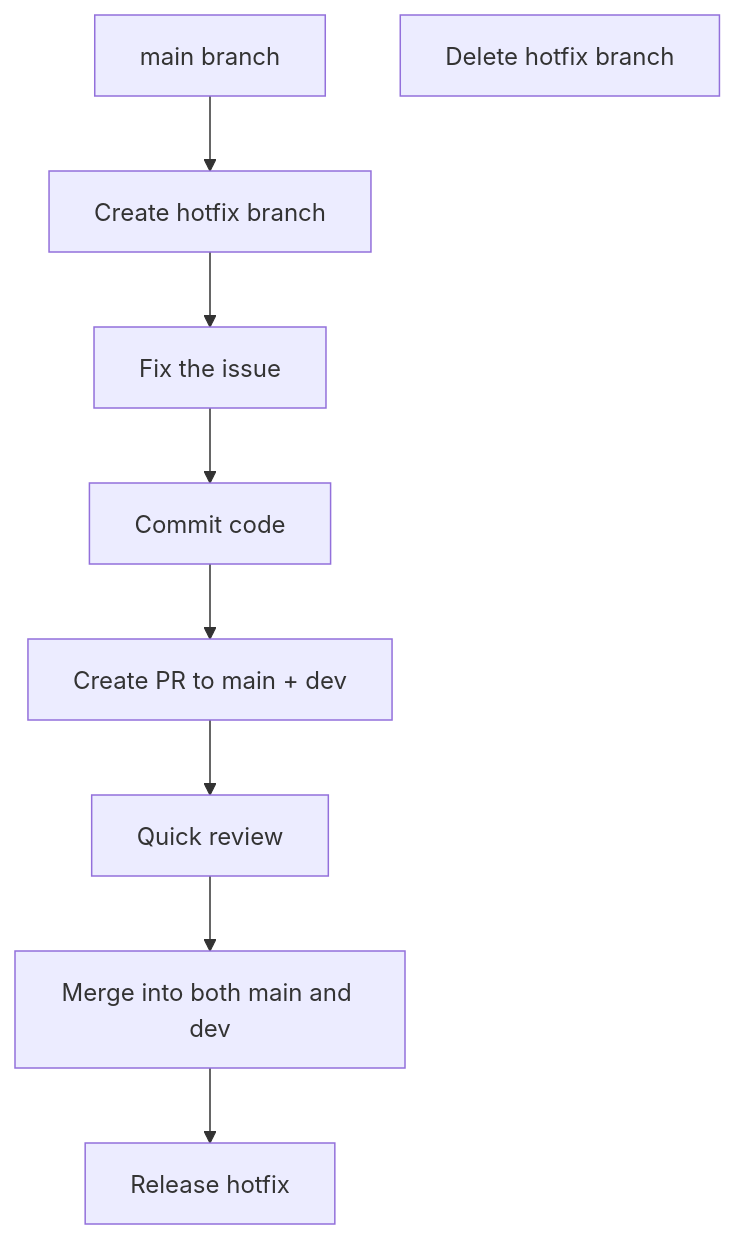
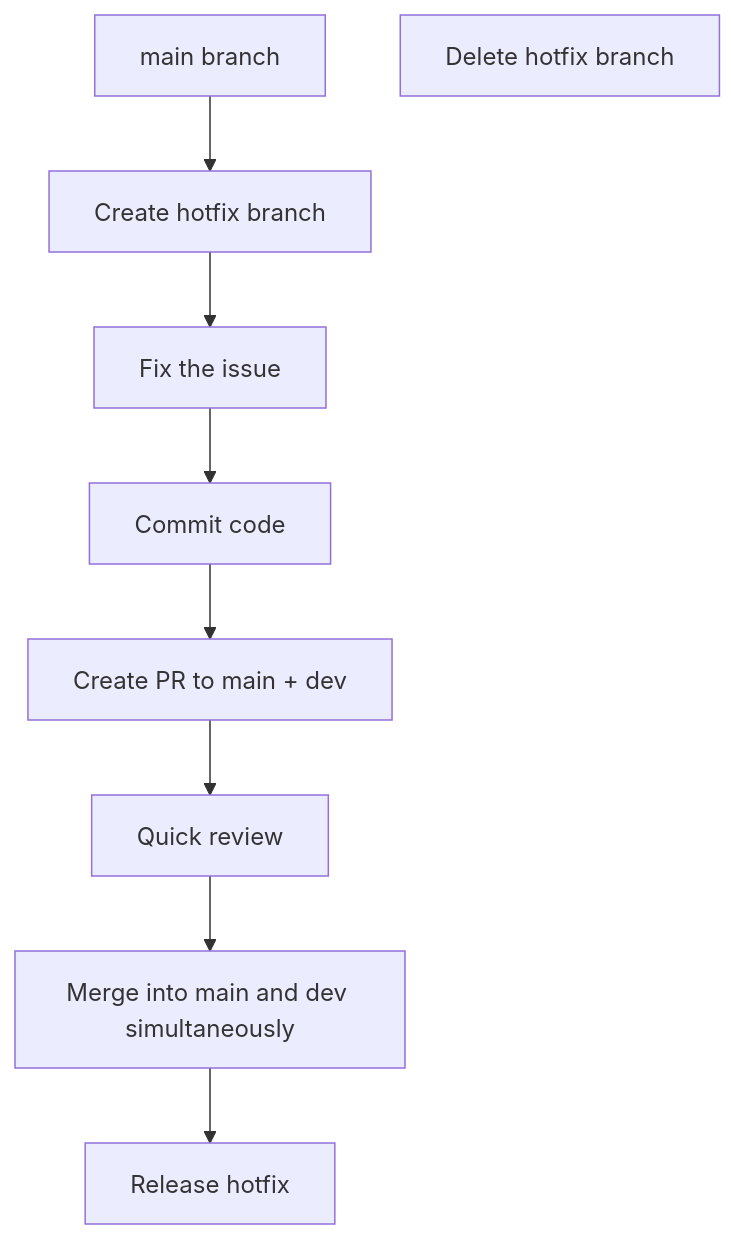
Before and after one commit to ChenXu233/YaoXiang: the second of 3 diagrams in docs/src/en/dev/branch-maintenance-guide.md, drawn with Mermaid. The commit also changed other lines of this file and 103 other files, not shown here.

````diff
--- a/docs/src/en/dev/branch-maintenance-guide.md
+++ b/docs/src/en/dev/branch-maintenance-guide.md
@@ -168,11 +168,11 @@
 ```mermaid
 graph TD
     A[main branch] --> B[Create hotfix branch]
     B --> C[Fix the issue]
     C --> D[Commit code]
     D --> E[Create PR to main + dev]
     E --> F[Quick review]
-    F --> G[Merge into both main and dev]
+    F --> G[Merge into main and dev simultaneously]
     G --> H[Release hotfix]
     I[Delete hotfix branch]
 ```
````
